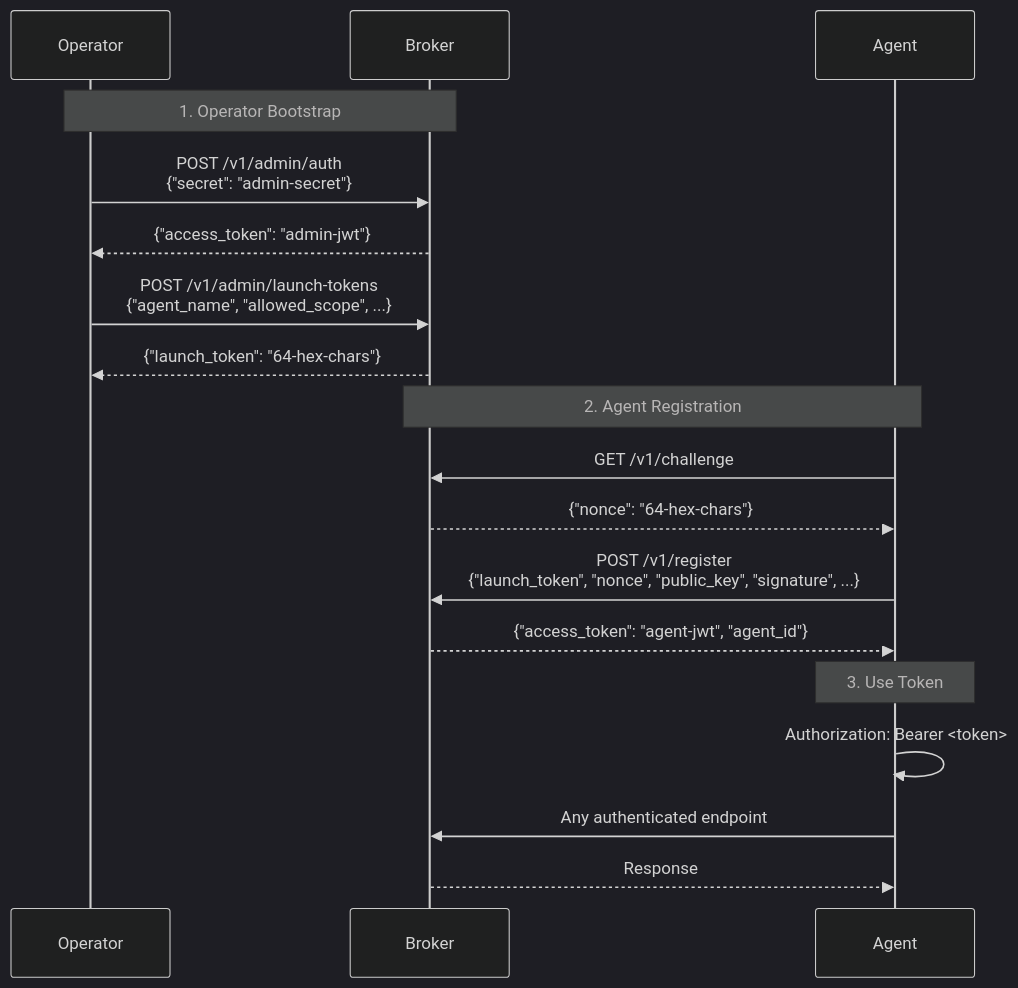
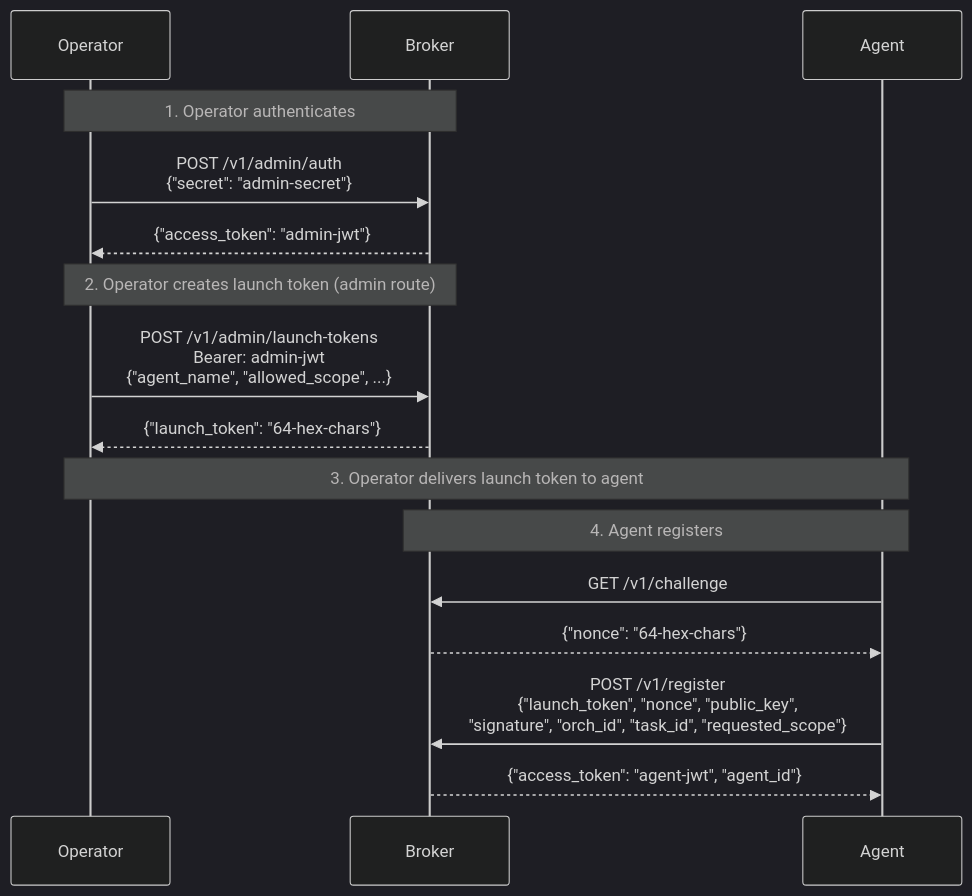
One commit to devonartis/agentwrit changed the first of 3 diagrams in docs/api.md. Above: the diagram before and after it, drawn with Mermaid (dark theme). The commit also changed other lines of this file and 4 other files, not shown here.

First line of the commit message:
docs: add /v1/app/launch-tokens route and update all flow diagrams

````diff
--- a/docs/api.md
+++ b/docs/api.md
@@ -44,24 +48,22 @@
 ```mermaid
 sequenceDiagram
-    participant Admin as Operator
+    participant Op as Operator
     participant BR as Broker
     participant Agent as Agent
 
-    Note over Admin,BR: 1. Operator Bootstrap
-    Admin->>BR: POST /v1/admin/auth<br/>{"secret": "admin-secret"}
-    BR-->>Admin: {"access_token": "admin-jwt"}
+    Note over Op,BR: 1. Operator authenticates
+    Op->>BR: POST /v1/admin/auth<br/>{"secret": "admin-secret"}
+    BR-->>Op: {"access_token": "admin-jwt"}
 
-    Admin->>BR: POST /v1/admin/launch-tokens<br/>{"agent_name", "allowed_scope", ...}
-    BR-->>Admin: {"launch_token": "64-hex-chars"}
+    Note over Op,BR: 2. Operator creates launch token (admin route)
+    Op->>BR: POST /v1/admin/launch-tokens<br/>Bearer: admin-jwt<br/>{"agent_name", "allowed_scope", ...}
+    BR-->>Op: {"launch_token": "64-hex-chars"}
 
-    Note over Agent,BR: 2. Agent Registration
+    Note over Op,Agent: 3. Operator delivers launch token to agent
+
+    Note over Agent,BR: 4. Agent registers
     Agent->>BR: GET /v1/challenge
     BR-->>Agent: {"nonce": "64-hex-chars"}
-    Agent->>BR: POST /v1/register<br/>{"launch_token", "nonce", "public_key", "signature", ...}
+    Agent->>BR: POST /v1/register<br/>{"launch_token", "nonce", "public_key",<br/>"signature", "orch_id", "task_id", "requested_scope"}
     BR-->>Agent: {"access_token": "agent-jwt", "agent_id"}
-
-    Note over Agent: 3. Use Token
-    Agent->>Agent: Authorization: Bearer <token>
-    Agent->>BR: Any authenticated endpoint
-    BR-->>Agent: Response
 ```
````
